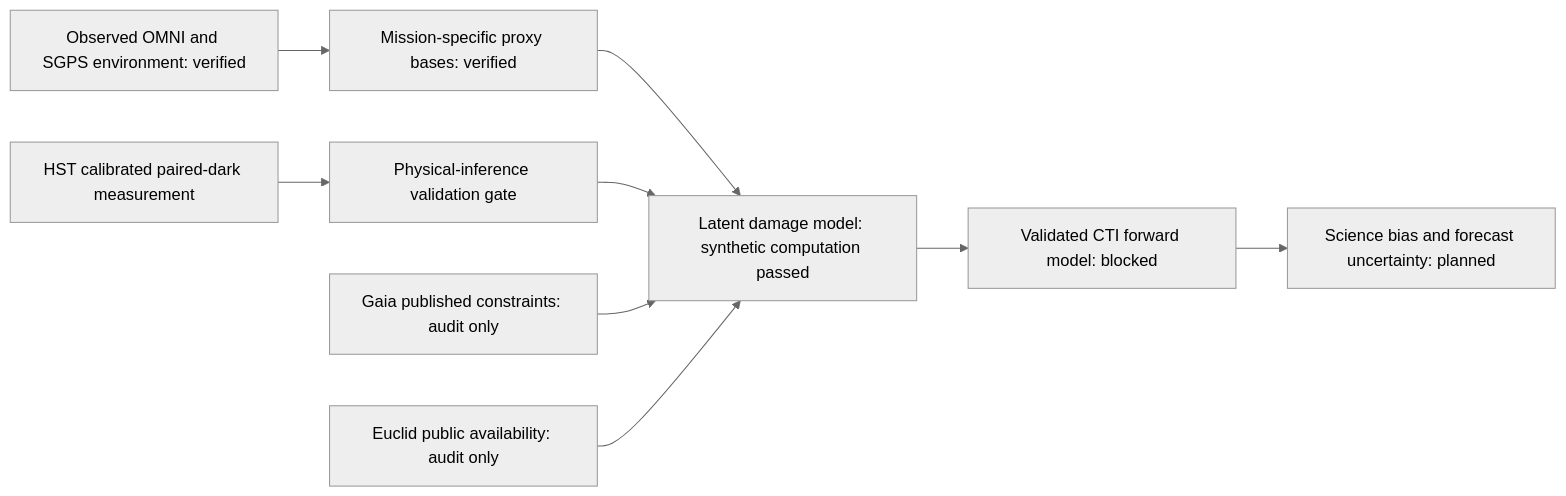
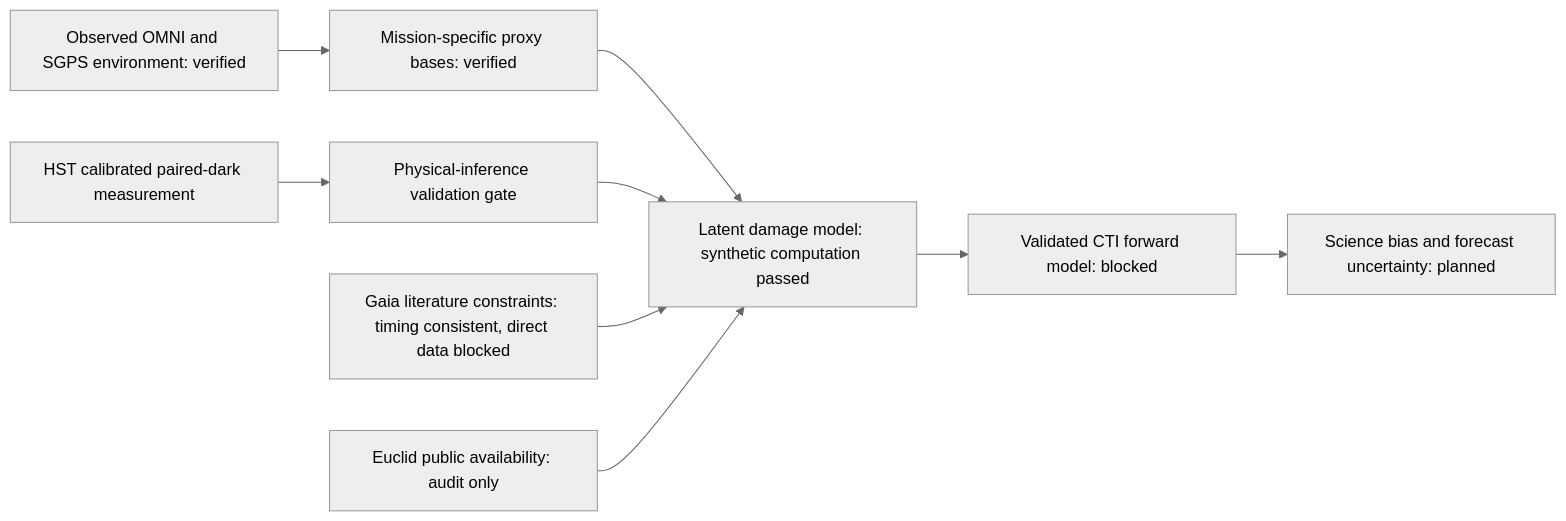
Before and after one commit to Biswajit1999/lattice-radiation-twin: the diagram in README.md, drawn with Mermaid (neutral theme). The commit also changed other lines of this file and 13 other files, not shown here.

````diff
--- a/README.md
+++ b/README.md
@@ -17,11 +17,11 @@
 ```mermaid
 flowchart LR
   A[Observed OMNI and SGPS environment: verified] --> B[Mission-specific proxy bases: verified]
   B --> C[Latent damage model: synthetic computation passed]
   H[HST calibrated paired-dark measurement] --> V[Physical-inference validation gate]
   V --> C
-  G[Gaia published constraints: audit only] --> C
+  G[Gaia literature constraints: timing consistent, direct data blocked] --> C
   E[Euclid public availability: audit only] --> C
   C --> D[Validated CTI forward model: blocked]
   D --> S[Science bias and forecast uncertainty: planned]
 ```
````
